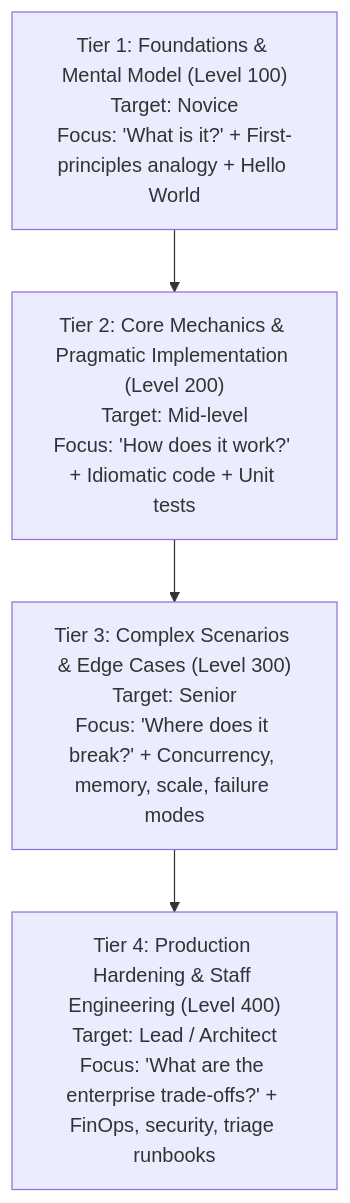
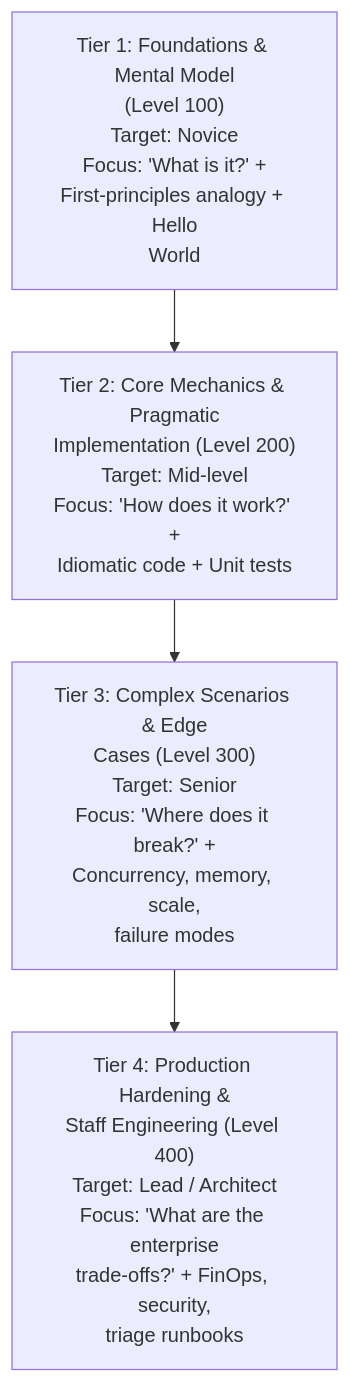
The second of 2 diagrams in .agents/skills/coding-learning-repo-architect/SKILL.md (santoshjammi29/security-handbook), drawn with Mermaid before and after one commit. The commit also changed other lines of this file and 22 other files, not shown here.

Commit message:
fix(diagrams): word-wrap labels and escape comparison operators across all diagrams

````diff
--- a/.agents/skills/coding-learning-repo-architect/SKILL.md
+++ b/.agents/skills/coding-learning-repo-architect/SKILL.md
@@ -246,9 +246,9 @@
 ```mermaid
 flowchart TD
-    T1["Tier 1: Foundations & Mental Model (Level 100)<br/>Target: Novice<br/>Focus: 'What is it?' + First-principles analogy + Hello World"]
-    T2["Tier 2: Core Mechanics & Pragmatic Implementation (Level 200)<br/>Target: Mid-level<br/>Focus: 'How does it work?' + Idiomatic code + Unit tests"]
-    T3["Tier 3: Complex Scenarios & Edge Cases (Level 300)<br/>Target: Senior<br/>Focus: 'Where does it break?' + Concurrency, memory, scale, failure modes"]
-    T4["Tier 4: Production Hardening & Staff Engineering (Level 400)<br/>Target: Lead / Architect<br/>Focus: 'What are the enterprise trade-offs?' + FinOps, security, triage runbooks"]
+    T1["Tier 1: Foundations & Mental Model<br/>(Level 100)<br/>Target: Novice<br/>Focus: 'What is it?' +<br/>First-principles analogy + Hello<br/>World"]
+    T2["Tier 2: Core Mechanics & Pragmatic<br/>Implementation (Level 200)<br/>Target: Mid-level<br/>Focus: 'How does it work?' +<br/>Idiomatic code + Unit tests"]
+    T3["Tier 3: Complex Scenarios & Edge<br/>Cases (Level 300)<br/>Target: Senior<br/>Focus: 'Where does it break?' +<br/>Concurrency, memory, scale,<br/>failure modes"]
+    T4["Tier 4: Production Hardening &<br/>Staff Engineering (Level 400)<br/>Target: Lead / Architect<br/>Focus: 'What are the enterprise<br/>trade-offs?' + FinOps, security,<br/>triage runbooks"]
 
     T1 --> T2 --> T3 --> T4
 ```
````
